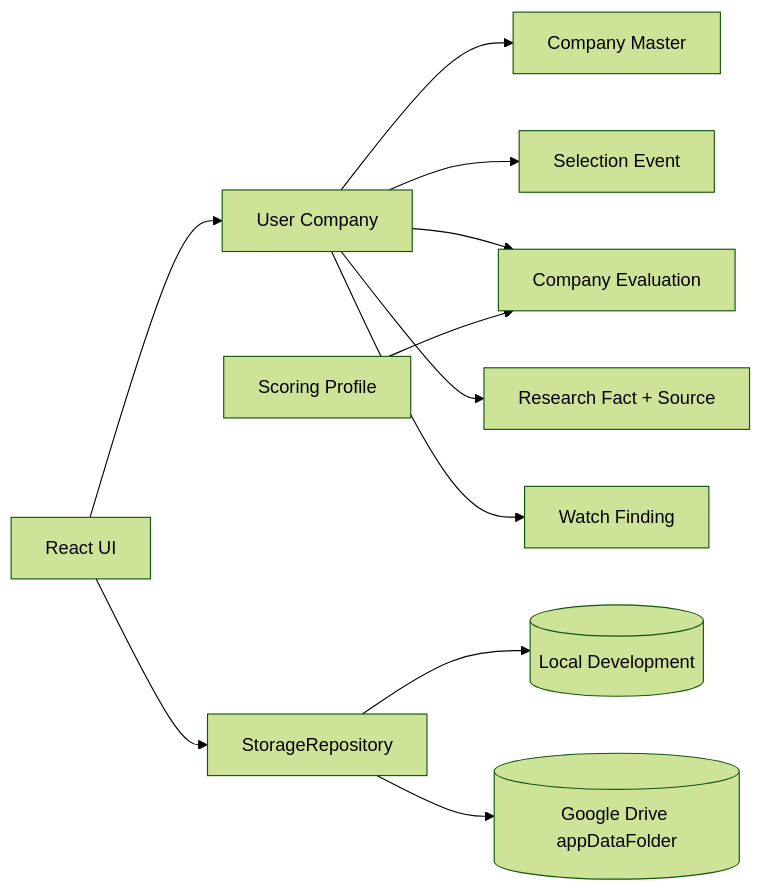
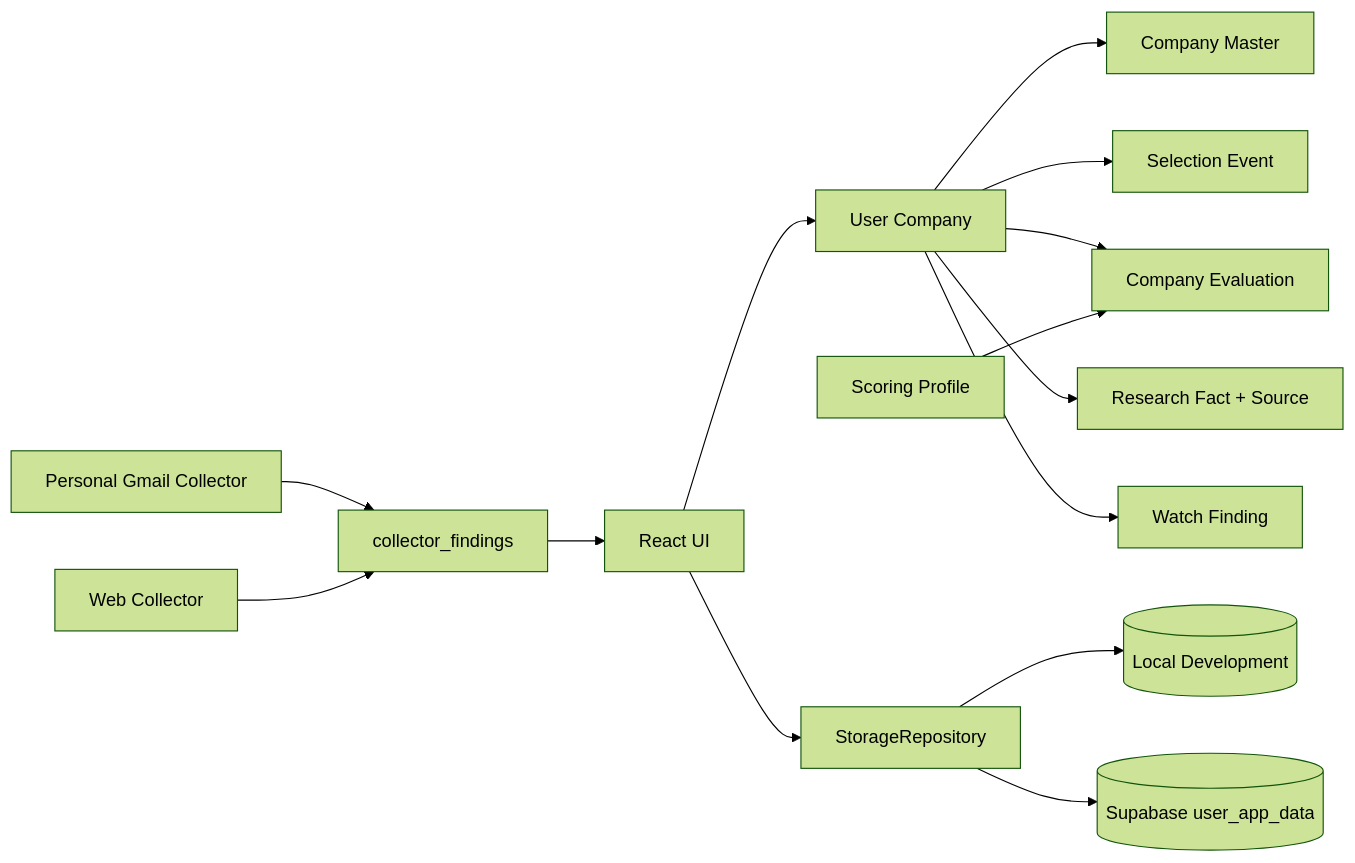
The diagram in README.md (fujishusuke1215-alt/job-hunt-manager), drawn with Mermaid (forest theme) before and after one commit. The commit also changed other lines of this file and 26 other files, not shown here.

````diff
--- a/README.md
+++ b/README.md
@@ -51,13 +52,16 @@
 ```mermaid
 flowchart LR
   UI[React UI] --> UC[User Company]
   UC --> MC[Company Master]
   UC --> EV[Selection Event]
   UC --> CE[Company Evaluation]
   SP[Scoring Profile] --> CE
   UC --> RF[Research Fact + Source]
   UC --> WF[Watch Finding]
   UI --> SR[StorageRepository]
   SR --> LS[(Local Development)]
-  SR --> GD[(Google Drive appDataFolder)]
+  SR --> SB[(Supabase user_app_data)]
+  Gmail[Personal Gmail Collector] --> CF[collector_findings]
+  Web[Web Collector] --> CF
+  CF --> UI
 ```
````
